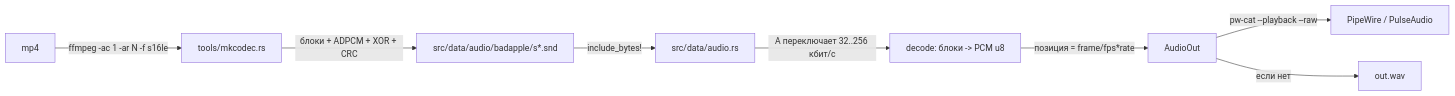
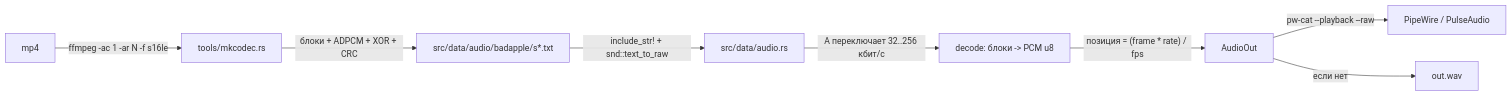
Diagram 27 of 40 in чертежи.md (loki5512344ss/SummumOS), drawn with Mermaid before and after one commit. The commit also changed other lines of this file and 40 other files, not shown here.

````diff
--- a/чертежи.md
+++ b/чертежи.md
@@ -707,10 +763,10 @@
 ```mermaid
 graph LR
     mp4["mp4"] -->|"ffmpeg -ac 1 -ar N -f s16le"| conv["tools/mkcodec.rs"]
-    conv -->|"блоки + ADPCM + XOR + CRC"| files["src/data/audio/badapple/s*.snd"]
-    files -->|"include_bytes!"| data["src/data/audio.rs"]
+    conv -->|"блоки + ADPCM + XOR + CRC"| files["src/data/audio/badapple/s*.txt"]
+    files -->|"include_str! + snd::text_to_raw"| data["src/data/audio.rs"]
     data -->|"A переключает 32..256 кбит/с"| decode["decode: блоки -> PCM u8"]
-    decode -->|"позиция = frame/fps*rate"| out["AudioOut"]
+    decode -->|"позиция = (frame * rate) / fps"| out["AudioOut"]
     out -->|"pw-cat --playback --raw"| pipe["PipeWire / PulseAudio"]
     out -->|"если нет"| wav["out.wav"]
 ```
````
